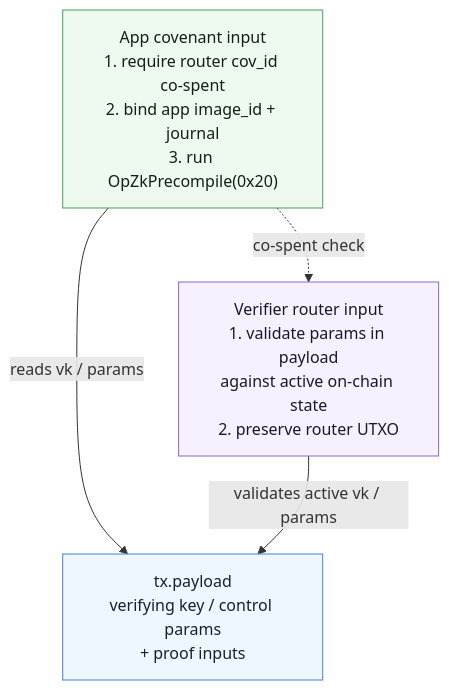
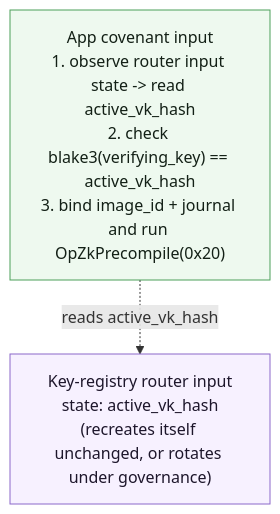
Before and after one commit to kaspanet/docs: the second of 2 diagrams in content/docs/programmability/composability.mdx, drawn with Mermaid. The commit also changed other lines of this file, not shown here.

Commit message:
Lead ZK router worked example with key-registry state observation

````diff
--- a/content/docs/programmability/composability.mdx
+++ b/content/docs/programmability/composability.mdx
@@ -344,14 +346,10 @@
 ```mermaid
 flowchart TB
     classDef app fill:#eef9ef,stroke:#4d9f5b,color:#132016
     classDef router fill:#f7f1ff,stroke:#8b68ca,color:#1d162b
-    classDef pl fill:#eef6ff,stroke:#4b82c3,color:#172033
 
-    APP["App covenant input<br/>1. require router cov_id co-spent<br/>2. bind app image_id + journal<br/>3. run OpZkPrecompile(0x20)"]:::app
-    PL["tx.payload<br/>verifying key / control params<br/>+ proof inputs"]:::pl
-    RTR["Verifier router input<br/>1. validate params in payload<br/>against active on-chain state<br/>2. preserve router UTXO"]:::router
+    RTR["Key-registry router input<br/>state: active_vk_hash<br/>(recreates itself unchanged, or rotates under governance)"]:::router
+    APP["App covenant input<br/>1. observe router input state -> read active_vk_hash<br/>2. check blake3(verifying_key) == active_vk_hash<br/>3. bind image_id + journal and run OpZkPrecompile(0x20)"]:::app
 
-    APP -->|"reads vk / params"| PL
-    RTR -->|"validates active vk / params"| PL
-    APP -. "co-spent check" .-> RTR
+    APP -. "reads active_vk_hash" .-> RTR
 ```
````
